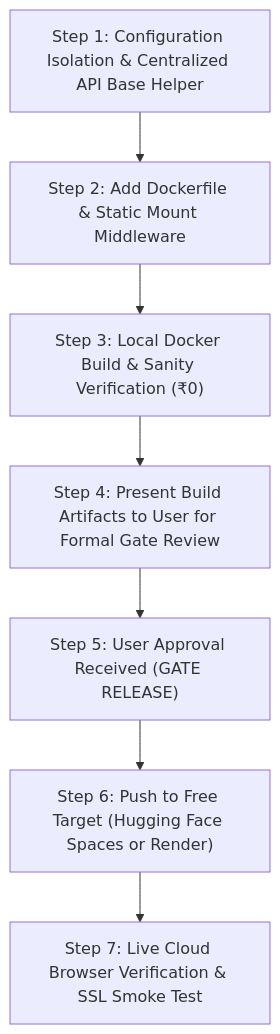
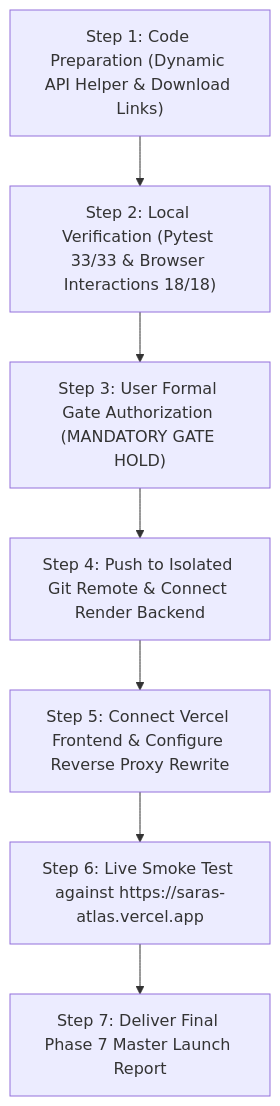
The diagram in PHASE_7_DEPLOYMENT_PLAN.md (Srikanthbanoth7533/saras-atlas), drawn with Mermaid before and after one commit. The commit also changed other lines of this file and 4 other files, not shown here.

Commit message:
docs(phase-7): correct hosting feasibility - disqualify HF Spaces paid PRO mandate, validate Vercel Hobby + Render Free split architecture

````diff
--- a/PHASE_7_DEPLOYMENT_PLAN.md
+++ b/PHASE_7_DEPLOYMENT_PLAN.md
@@ -114,17 +64,17 @@
 ```mermaid
 flowchart TD
-    Step1["Step 1: Configuration Isolation & Centralized API Base Helper"]
-    Step2["Step 2: Add Dockerfile & Static Mount Middleware"]
-    Step3["Step 3: Local Docker Build & Sanity Verification (₹0)"]
-    Step4["Step 4: Present Build Artifacts to User for Formal Gate Review"]
-    Step5["Step 5: User Approval Received (GATE RELEASE)"]
-    Step6["Step 6: Push to Free Target (Hugging Face Spaces or Render)"]
-    Step7["Step 7: Live Cloud Browser Verification & SSL Smoke Test"]
+    Step1["Step 1: Code Preparation (Dynamic API Helper & Download Links)"]
+    Step2["Step 2: Local Verification (Pytest 33/33 & Browser Interactions 18/18)"]
+    Step3["Step 3: User Formal Gate Authorization (MANDATORY GATE HOLD)"]
+    Step4["Step 4: Push to Isolated Git Remote & Connect Render Backend"]
+    Step5["Step 5: Connect Vercel Frontend & Configure Reverse Proxy Rewrite"]
+    Step6["Step 6: Live Smoke Test against https://saras-atlas.vercel.app"]
+    Step7["Step 7: Deliver Final Phase 7 Master Launch Report"]
 
     Step1 --> Step2
     Step2 --> Step3
     Step3 --> Step4
     Step4 --> Step5
     Step5 --> Step6
     Step6 --> Step7
 ```
````
